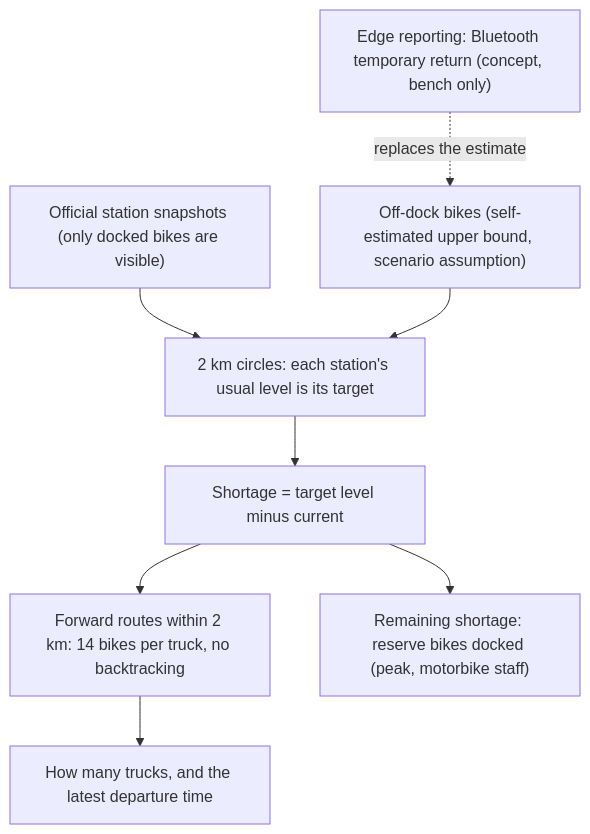
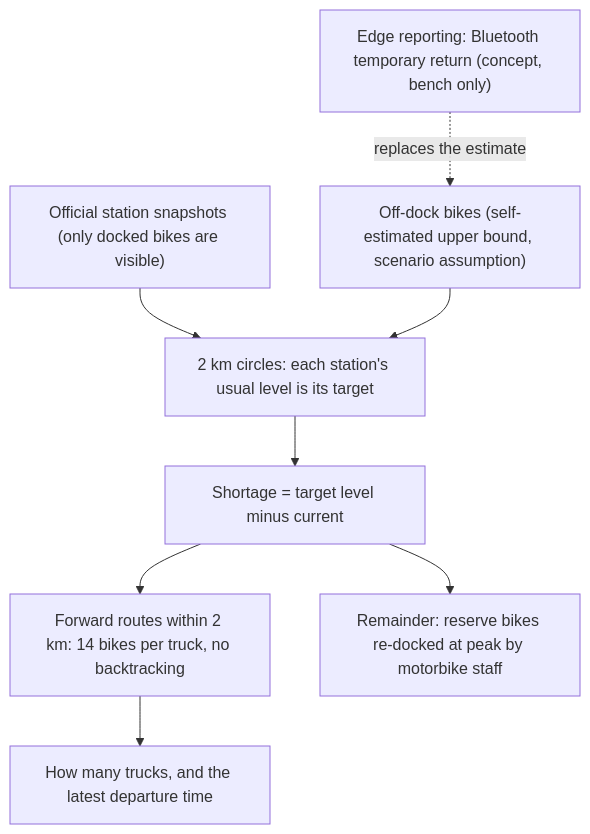
The first of 7 diagrams in README.md (jiarong0423/unseen-bikes-dispatch), drawn with Mermaid before and after one commit. The commit also changed other lines of this file and 12 other files, not shown here.

````diff
--- a/README.md
+++ b/README.md
@@ -38,10 +39,10 @@
 ```mermaid
 flowchart TD
     A["Official station snapshots (only docked bikes are visible)"] --> C["2 km circles: each station's usual level is its target"]
     B["Off-dock bikes (self-estimated upper bound, scenario assumption)"] --> C
     C --> D["Shortage = target level minus current"]
     D --> E["Forward routes within 2 km: 14 bikes per truck, no backtracking"]
     E --> F["How many trucks, and the latest departure time"]
-    D --> G["Remaining shortage: reserve bikes docked (peak, motorbike staff)"]
+    D --> G["Remainder: reserve bikes re-docked at peak by motorbike staff"]
     H["Edge reporting: Bluetooth temporary return (concept, bench only)"] -. replaces the estimate .-> B
 ```
````
